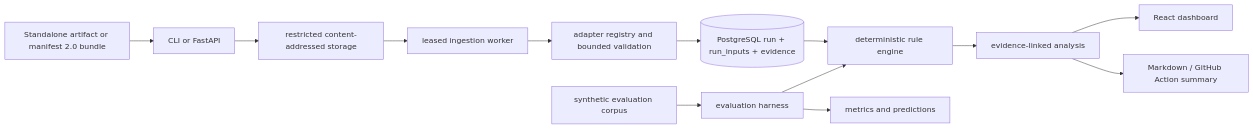
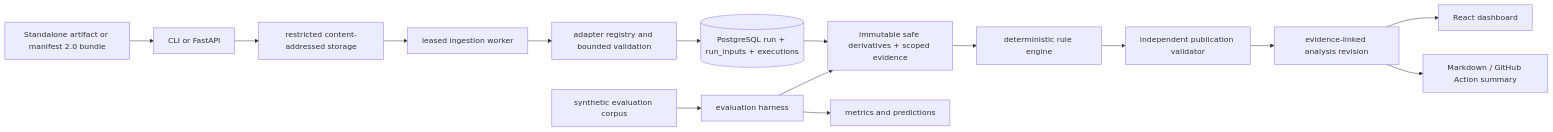
Before and after one commit to azerish25-ux/ai-quality-intelligence: the diagram in docs/architecture.md, drawn with Mermaid. The commit also changed other lines of this file and 27 other files, not shown here.

First line of the commit message:
feat: enforce execution-scoped evidence integrity

````diff
--- a/docs/architecture.md
+++ b/docs/architecture.md
@@ -5,15 +5,17 @@
 ```mermaid
 flowchart LR
     A[Standalone artifact or manifest 2.0 bundle] --> B[CLI or FastAPI]
     B --> C[restricted content-addressed storage]
     C --> D[leased ingestion worker]
     D --> E[adapter registry and bounded validation]
-    E --> F[(PostgreSQL run + run_inputs + evidence)]
-    F --> G[deterministic rule engine]
-    G --> H[evidence-linked analysis]
-    H --> I[React dashboard]
-    H --> J[Markdown / GitHub Action summary]
+    E --> F[(PostgreSQL run + run_inputs + executions)]
+    F --> G[immutable safe derivatives + scoped evidence]
+    G --> H[deterministic rule engine]
+    H --> V[independent publication validator]
+    V --> I[evidence-linked analysis revision]
+    I --> J[React dashboard]
+    I --> N[Markdown / GitHub Action summary]
     K[synthetic evaluation corpus] --> L[evaluation harness]
     L --> G
     L --> M[metrics and predictions]
 ```
````
